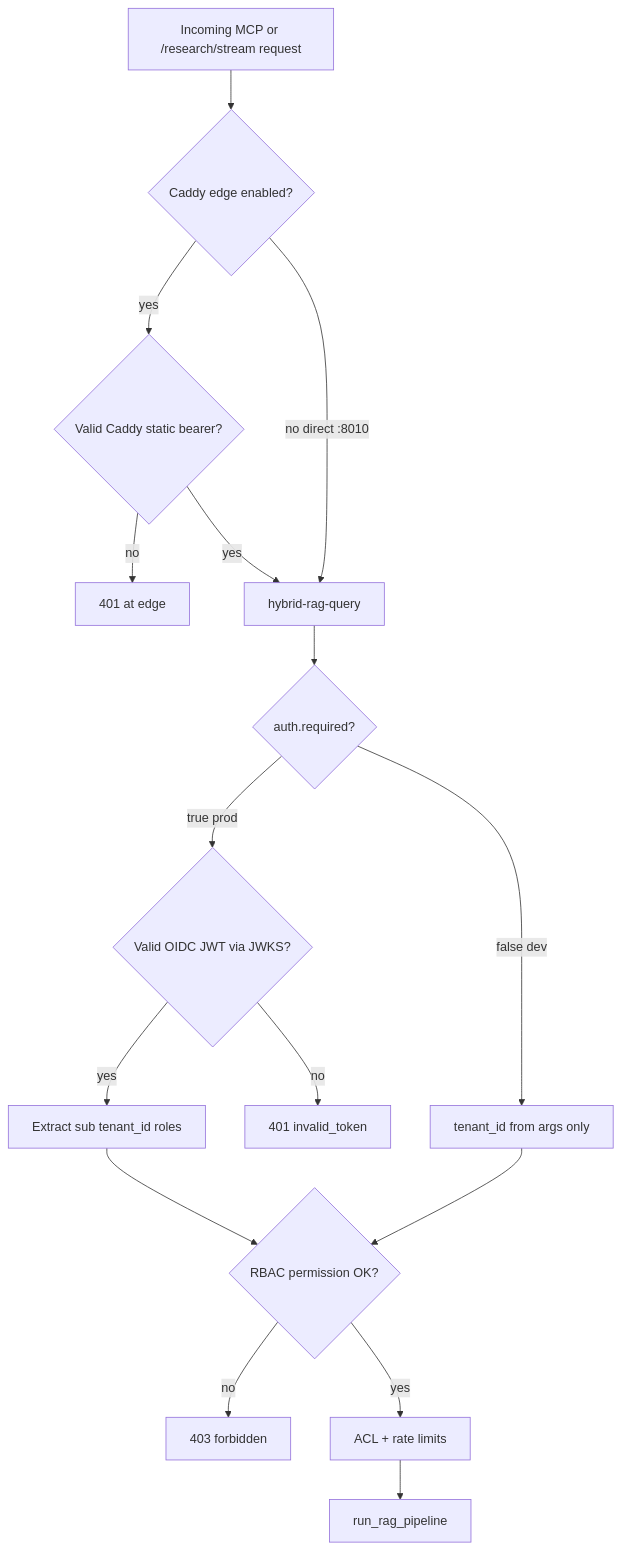
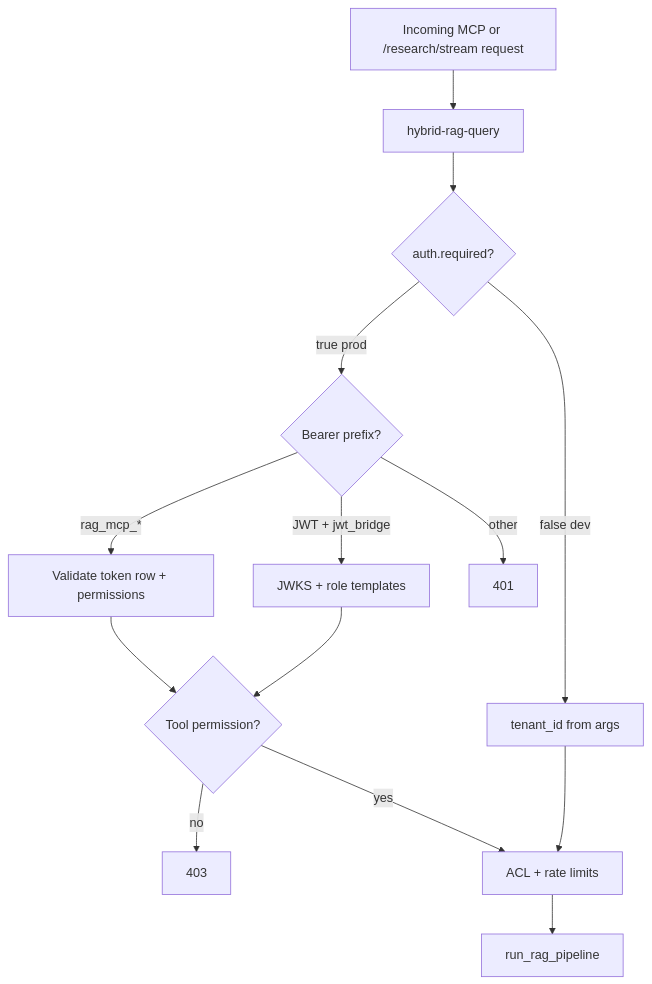
Before and after one commit to ashutoshkumarsinha/enterprise-hybrid-rag: the tenth of 20 diagrams in ENTERPRISE_HYBRID_RAG_SPEC.md, drawn with Mermaid. The commit also changed other lines of this file and 5 other files, not shown here.

````diff
--- a/ENTERPRISE_HYBRID_RAG_SPEC.md
+++ b/ENTERPRISE_HYBRID_RAG_SPEC.md
@@ -1859,19 +1869,17 @@
 ```mermaid
 flowchart TD
     REQ[Incoming MCP or /research/stream request]
-    REQ --> EDGE{Caddy edge enabled?}
-    EDGE -->|yes| BEARER{Valid Caddy static bearer?}
-    BEARER -->|no| REJECT1[401 at edge]
-    BEARER -->|yes| APP
-    EDGE -->|no direct :8010| APP[hybrid-rag-query]
+    REQ --> APP[hybrid-rag-query]
     APP --> AUTH{auth.required?}
-    AUTH -->|false dev| TENANT[tenant_id from args only]
-    AUTH -->|true prod| JWT{Valid OIDC JWT via JWKS?}
-    JWT -->|no| REJECT2[401 invalid_token]
-    JWT -->|yes| CLAIMS[Extract sub tenant_id roles]
-    CLAIMS --> RBAC{RBAC permission OK?}
-    RBAC -->|no| REJECT3[403 forbidden]
+    AUTH -->|false dev| TENANT[tenant_id from args]
+    AUTH -->|true prod| HDR{Bearer prefix?}
+    HDR -->|rag_mcp_*| TOK[Validate token row + permissions]
+    HDR -->|JWT + jwt_bridge| JWT[JWKS + role templates]
+    HDR -->|other| REJECT1[401]
+    TOK --> RBAC{Tool permission?}
+    JWT --> RBAC
+    RBAC -->|no| REJECT2[403]
     RBAC -->|yes| ACL[ACL + rate limits]
-    TENANT --> RBAC
+    TENANT --> ACL
     ACL --> RAG[run_rag_pipeline]
 ```
````
